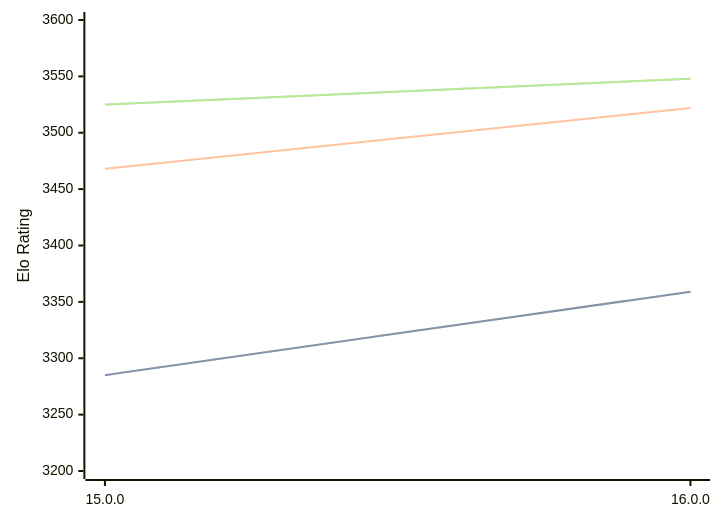
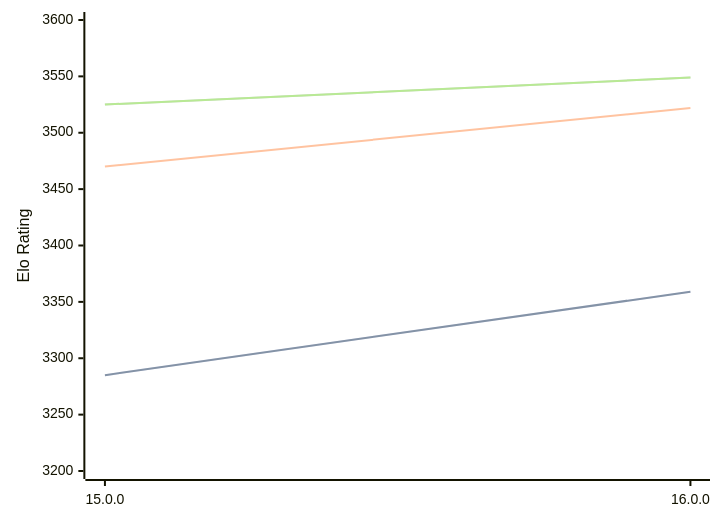
Before and after one commit to computer-chess-index/cci: the diagram in engines/Halogen.md, drawn with Mermaid. The commit also changed other lines of this file, not shown here.

Commit message:
Update CCI Ratings (ELO VLTC) - 2026-08-23

````diff
--- a/engines/Halogen.md
+++ b/engines/Halogen.md
@@ -32,11 +32,11 @@
 ```mermaid
 %%{init: {"theme":"base","themeVariables":{"seriesColors:['#a3a3a3','#222221','#faa371']}}}%%
 xychart-beta
   x-axis ["15.0.0", "16.0.0"]
   y-axis "Elo Rating" 3200 --> 3600
   line "STC (8.0+0.08s)" [3285, 3359]
   line "STC (8.0+0.08s)" [3285, 3359]
-  line "LTC (60.0+0.60s)" [3468, 3522]
-  line "VLTC (2m24s+1.12s)" [3525, 3548]
-  line "VLTC (2m24s+1.12s)" [3525, 3548]
+  line "LTC (60.0+0.60s)" [3470, 3522]
+  line "VLTC (2m24s+1.12s)" [3525, 3549]
+  line "VLTC (2m24s+1.12s)" [3525, 3549]
 ```
````
